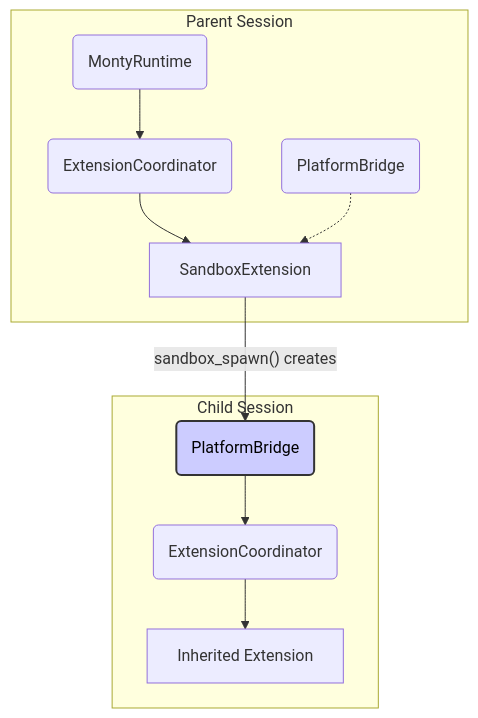
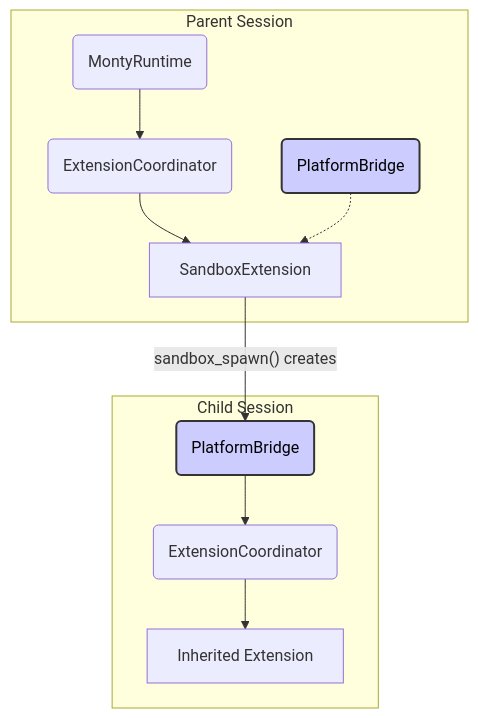
The diagram in docs/deep-dives/sandbox-architecture.md (runyaga/dart_monty), drawn with Mermaid before and after one commit.

Commit message:
docs: fix PlatformBridge contrast in sandbox-architecture mermaid (#397)
Only F (the child-session PlatformBridge) had explicit styling with
'color:#000'. C (the parent-session PlatformBridge) used default
theme styling, which on mkdocs-material's dark mode rendered as
white text on a light-purple fill — unreadable.

Replace the per-node 'style F' with a 'classDef bridge' applied to
both C and F so they're styled consistently.

````diff
--- a/docs/deep-dives/sandbox-architecture.md
+++ b/docs/deep-dives/sandbox-architecture.md
@@ -14,25 +14,26 @@
 ```mermaid
 graph TD
     subgraph Parent Session
         A(MontyRuntime)
         B(ExtensionCoordinator)
         C(PlatformBridge)
         D[SandboxExtension]
     end
 
     subgraph Child Session
         F(PlatformBridge)
         G(ExtensionCoordinator)
         H[Inherited Extension]
     end
 
     A --> B
     B --> D
     C -.-> D
 
     D -- "sandbox_spawn()" creates --> F
     F --> G
     G --> H
 
-    style F fill:#ccf,stroke:#333,stroke-width:2px,color:#000
+    classDef bridge fill:#ccf,stroke:#333,stroke-width:2px,color:#000
+    class C,F bridge
 ```
````
